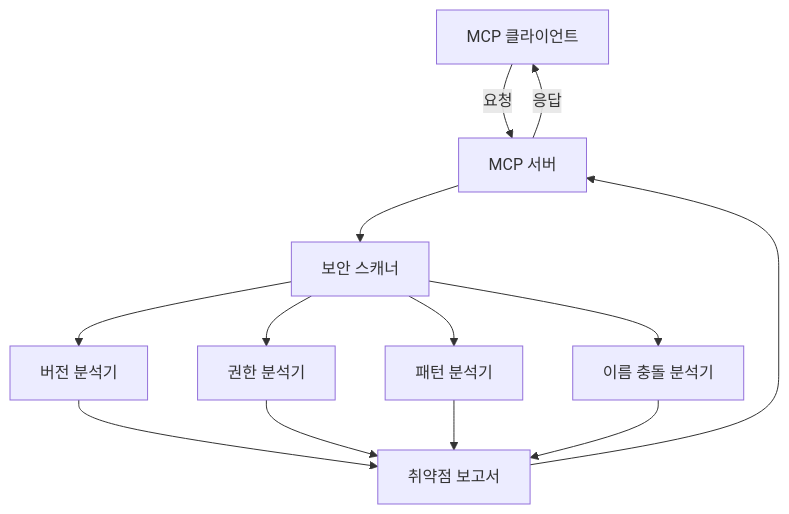
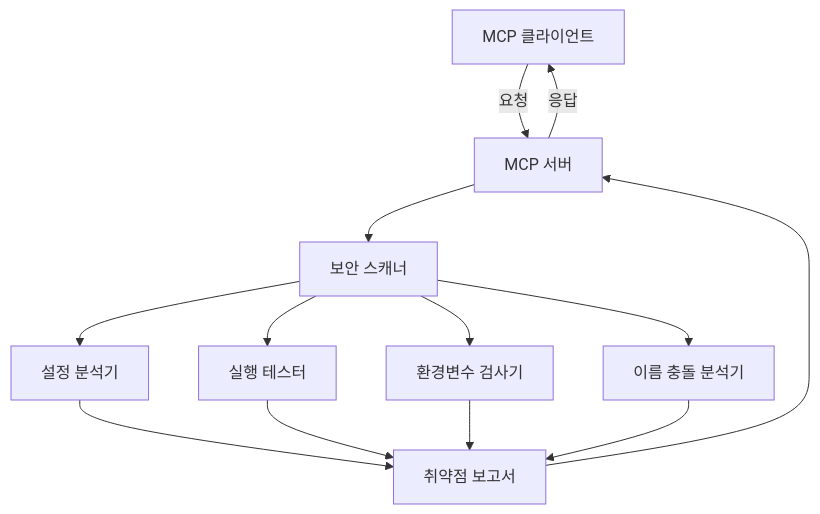
Before and after one commit to jonsoku-dev/mcp-security-scanner: the diagram in README.md, drawn with Mermaid. The commit also changed other lines of this file and 2 other files, not shown here.

````diff
--- a/README.md
+++ b/README.md
@@ -15,15 +15,15 @@
 ```mermaid
 graph TD
     A[MCP 클라이언트] -->|요청| B[MCP 서버]
     B --> C[보안 스캐너]
-    C --> D[버전 분석기]
-    C --> E[권한 분석기]
-    C --> F[패턴 분석기]
+    C --> D[설정 분석기]
+    C --> E[실행 테스터]
+    C --> F[환경변수 검사기]
     C --> G[이름 충돌 분석기]
     D --> H[취약점 보고서]
     E --> H
     F --> H
     G --> H
     H --> B
     B -->|응답| A
 ```
````
